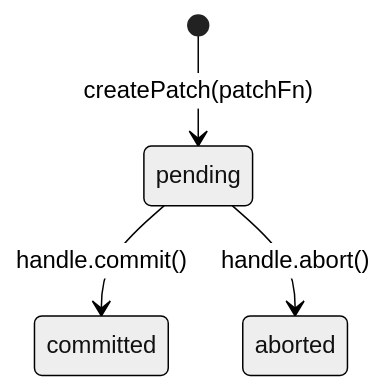
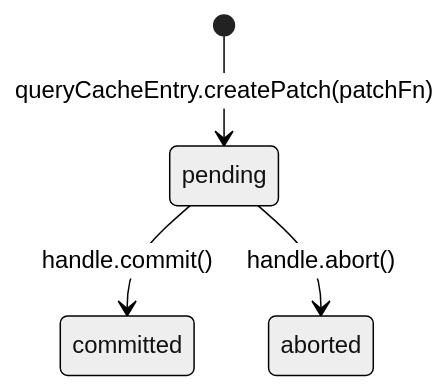
One commit to fozy-labs/rx-toolkit changed the diagram in docs/query/concepts/patching.md. Above: the diagram before and after it, drawn with Mermaid (neutral theme). The commit also changed other lines of this file and 10 other files, not shown here.

````diff
--- a/docs/query/concepts/patching.md
+++ b/docs/query/concepts/patching.md
@@ -10,6 +10,6 @@
 ```mermaid
 stateDiagram-v2
-    [*] --> pending : createPatch(patchFn)
+    [*] --> pending : queryCacheEntry.createPatch(patchFn)
     pending --> committed : handle.commit()
     pending --> aborted : handle.abort()
 ```
````
